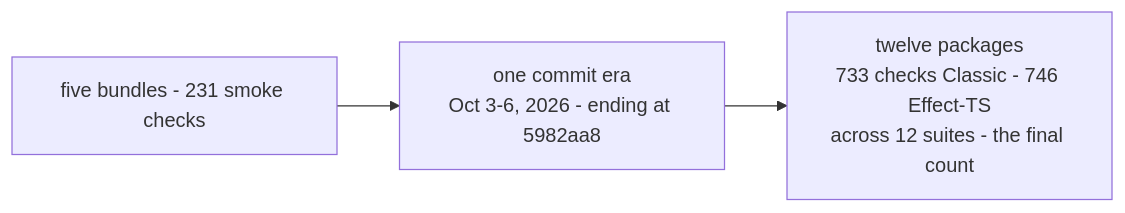
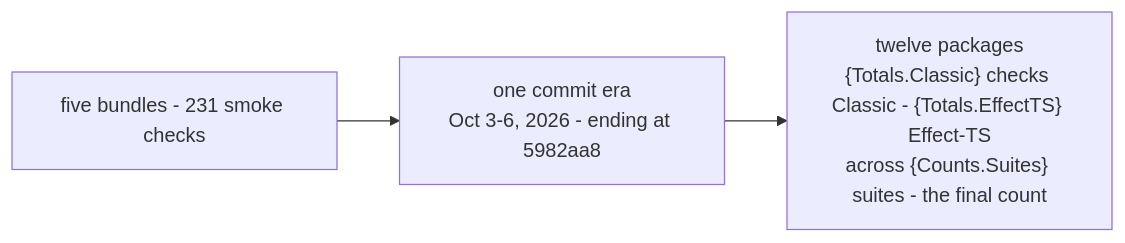
The diagram in Source/Content/Mermaid/case-growth.mmd (PlayForm/Site-DeepSeek), drawn with Mermaid before and after one commit. The commit also changed 51 other files, not shown here.

```diff
--- a/Source/Content/Mermaid/case-growth.mmd
+++ b/Source/Content/Mermaid/case-growth.mmd
@@ -1,3 +1,3 @@
 flowchart LR
 	START["five bundles - 231 smoke checks"] --> ERA["one commit era<br/>Oct 3-6, 2026 - ending at 5982aa8"]
-	ERA --> END["twelve packages<br/>733 checks Classic - 746 Effect-TS<br/>across 12 suites - the final count"]
+	ERA --> END["twelve packages<br/>{Totals.Classic} checks Classic - {Totals.EffectTS} Effect-TS<br/>across {Counts.Suites} suites - the final count"]
```
